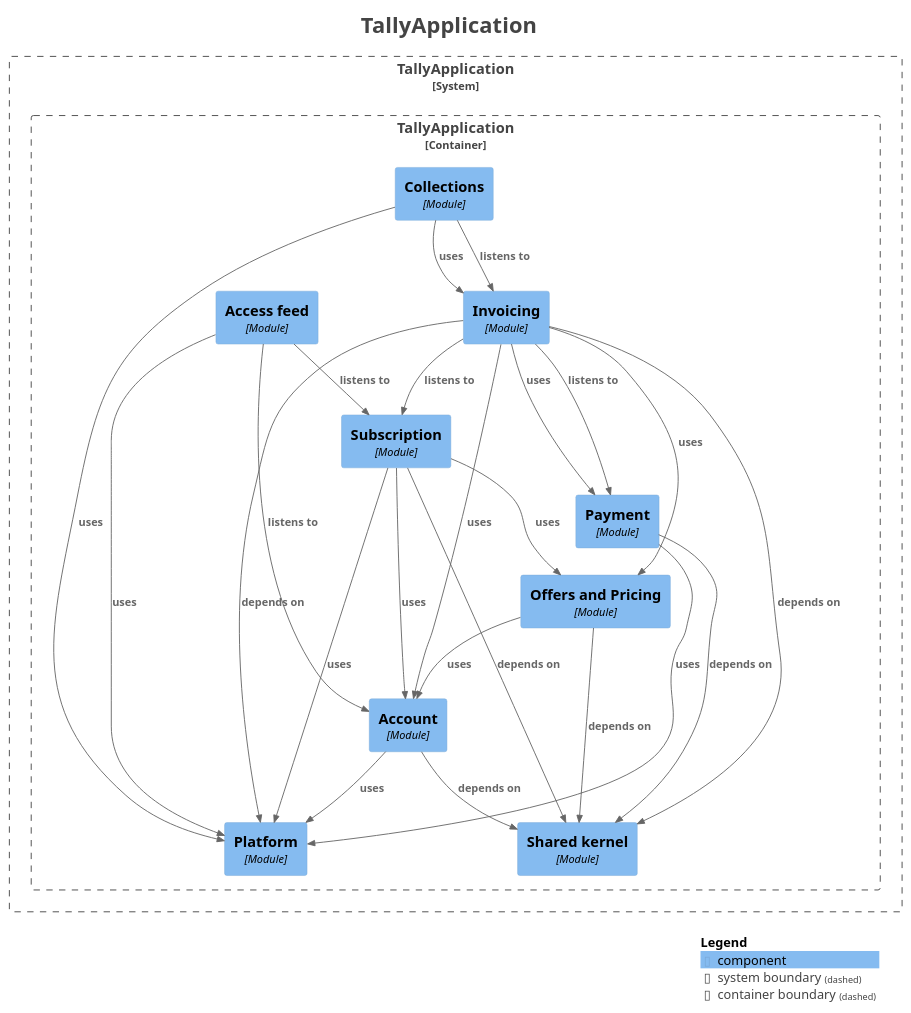
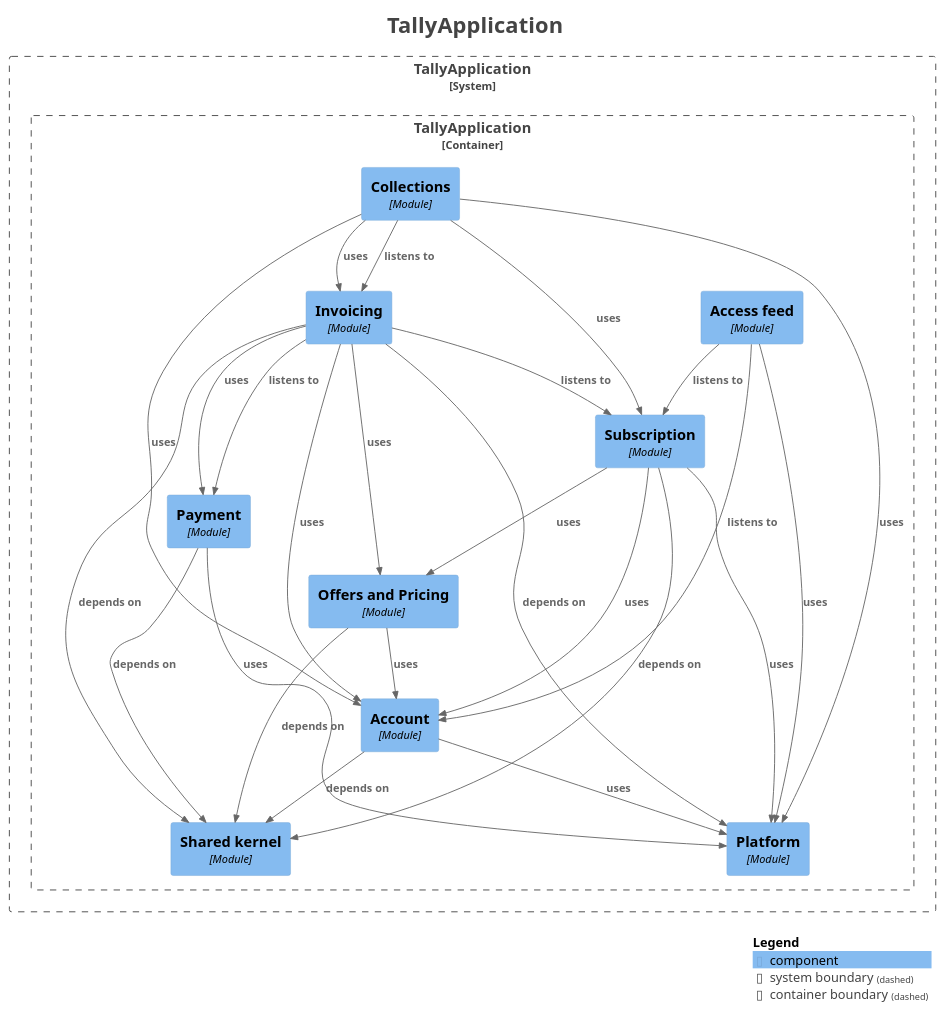
The diagram in docs/architecture/v2/components.puml (waleedarafa/tally), drawn with PlantUML before and after one commit. The commit also changed 21 other files, not shown here.

```diff
--- a/docs/architecture/v2/components.puml
+++ b/docs/architecture/v2/components.puml
@@ -1,59 +1,61 @@
 @startuml
 title <size:24>TallyApplication</size>
 
 set separator none
 top to bottom direction
 
 <style>
   root {
     BackgroundColor: #ffffff
     FontColor: #444444
   }
 </style>
 
 !include <C4/C4>
 !include <C4/C4_Context>
 !include <C4/C4_Component>
 
 System_Boundary("TallyApplication_boundary", "TallyApplication", $tags="") {
   Container_Boundary("TallyApplication.TallyApplication_boundary", "TallyApplication", $tags="") {
     Component(TallyApplication.TallyApplication.Accessfeed, "Access feed", $techn="Module", $descr="", $tags="", $link="")
     Component(TallyApplication.TallyApplication.Account, "Account", $techn="Module", $descr="", $tags="", $link="")
     Component(TallyApplication.TallyApplication.Collections, "Collections", $techn="Module", $descr="", $tags="", $link="")
     Component(TallyApplication.TallyApplication.Invoicing, "Invoicing", $techn="Module", $descr="", $tags="", $link="")
     Component(TallyApplication.TallyApplication.OffersandPricing, "Offers and Pricing", $techn="Module", $descr="", $tags="", $link="")
     Component(TallyApplication.TallyApplication.Payment, "Payment", $techn="Module", $descr="", $tags="", $link="")
     Component(TallyApplication.TallyApplication.Platform, "Platform", $techn="Module", $descr="", $tags="", $link="")
     Component(TallyApplication.TallyApplication.Sharedkernel, "Shared kernel", $techn="Module", $descr="", $tags="", $link="")
     Component(TallyApplication.TallyApplication.Subscription, "Subscription", $techn="Module", $descr="", $tags="", $link="")
   }
 
 }
 
 Rel(TallyApplication.TallyApplication.Accessfeed, TallyApplication.TallyApplication.Account, "listens to", $techn="", $tags="", $link="")
 Rel(TallyApplication.TallyApplication.Accessfeed, TallyApplication.TallyApplication.Platform, "uses", $techn="", $tags="", $link="")
 Rel(TallyApplication.TallyApplication.Accessfeed, TallyApplication.TallyApplication.Subscription, "listens to", $techn="", $tags="", $link="")
 Rel(TallyApplication.TallyApplication.Account, TallyApplication.TallyApplication.Platform, "uses", $techn="", $tags="", $link="")
 Rel(TallyApplication.TallyApplication.Account, TallyApplication.TallyApplication.Sharedkernel, "depends on", $techn="", $tags="", $link="")
+Rel(TallyApplication.TallyApplication.Collections, TallyApplication.TallyApplication.Account, "uses", $techn="", $tags="", $link="")
 Rel(TallyApplication.TallyApplication.Collections, TallyApplication.TallyApplication.Invoicing, "listens to", $techn="", $tags="", $link="")
 Rel(TallyApplication.TallyApplication.Collections, TallyApplication.TallyApplication.Invoicing, "uses", $techn="", $tags="", $link="")
 Rel(TallyApplication.TallyApplication.Collections, TallyApplication.TallyApplication.Platform, "uses", $techn="", $tags="", $link="")
+Rel(TallyApplication.TallyApplication.Collections, TallyApplication.TallyApplication.Subscription, "uses", $techn="", $tags="", $link="")
 Rel(TallyApplication.TallyApplication.Invoicing, TallyApplication.TallyApplication.Account, "uses", $techn="", $tags="", $link="")
 Rel(TallyApplication.TallyApplication.Invoicing, TallyApplication.TallyApplication.OffersandPricing, "uses", $techn="", $tags="", $link="")
 Rel(TallyApplication.TallyApplication.Invoicing, TallyApplication.TallyApplication.Payment, "listens to", $techn="", $tags="", $link="")
 Rel(TallyApplication.TallyApplication.Invoicing, TallyApplication.TallyApplication.Payment, "uses", $techn="", $tags="", $link="")
 Rel(TallyApplication.TallyApplication.Invoicing, TallyApplication.TallyApplication.Platform, "depends on", $techn="", $tags="", $link="")
 Rel(TallyApplication.TallyApplication.Invoicing, TallyApplication.TallyApplication.Sharedkernel, "depends on", $techn="", $tags="", $link="")
 Rel(TallyApplication.TallyApplication.Invoicing, TallyApplication.TallyApplication.Subscription, "listens to", $techn="", $tags="", $link="")
 Rel(TallyApplication.TallyApplication.OffersandPricing, TallyApplication.TallyApplication.Account, "uses", $techn="", $tags="", $link="")
 Rel(TallyApplication.TallyApplication.OffersandPricing, TallyApplication.TallyApplication.Sharedkernel, "depends on", $techn="", $tags="", $link="")
 Rel(TallyApplication.TallyApplication.Payment, TallyApplication.TallyApplication.Platform, "uses", $techn="", $tags="", $link="")
 Rel(TallyApplication.TallyApplication.Payment, TallyApplication.TallyApplication.Sharedkernel, "depends on", $techn="", $tags="", $link="")
 Rel(TallyApplication.TallyApplication.Subscription, TallyApplication.TallyApplication.Account, "uses", $techn="", $tags="", $link="")
 Rel(TallyApplication.TallyApplication.Subscription, TallyApplication.TallyApplication.OffersandPricing, "uses", $techn="", $tags="", $link="")
 Rel(TallyApplication.TallyApplication.Subscription, TallyApplication.TallyApplication.Platform, "uses", $techn="", $tags="", $link="")
 Rel(TallyApplication.TallyApplication.Subscription, TallyApplication.TallyApplication.Sharedkernel, "depends on", $techn="", $tags="", $link="")
 
 SHOW_LEGEND(true)
 hide stereotypes
 @enduml
```
